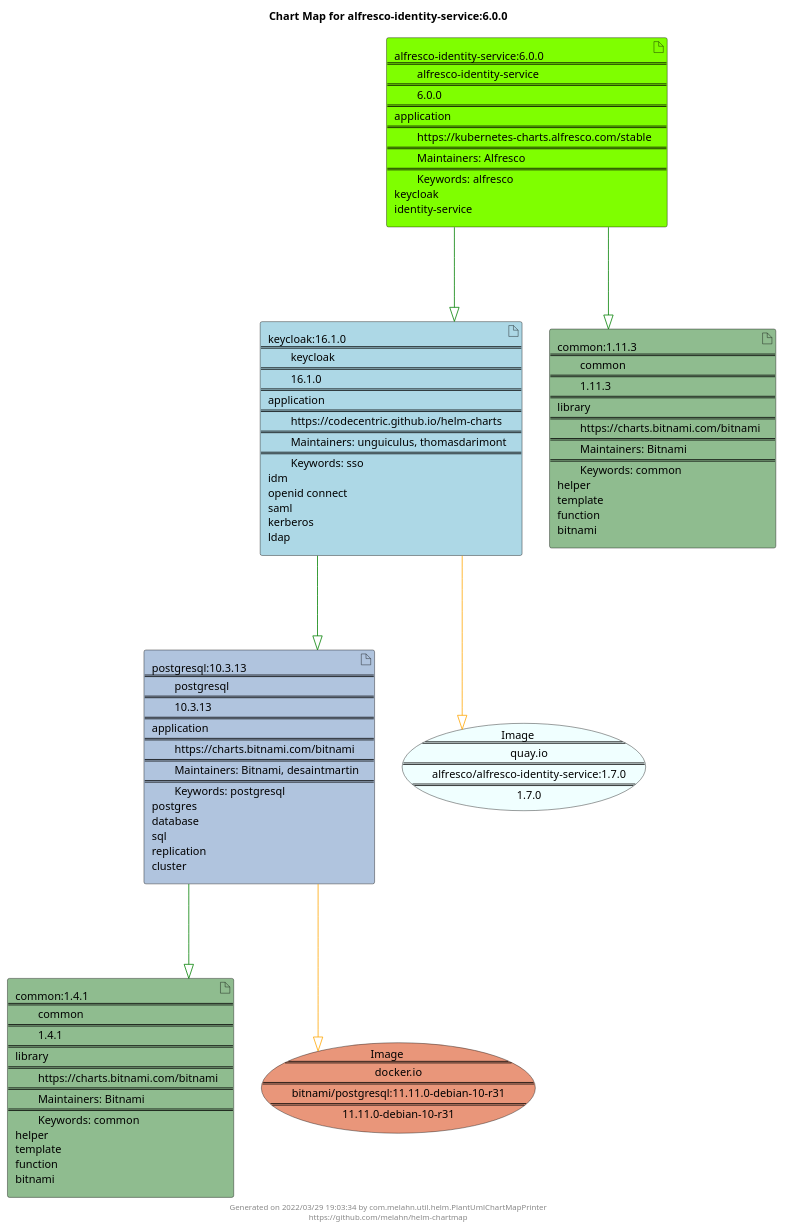
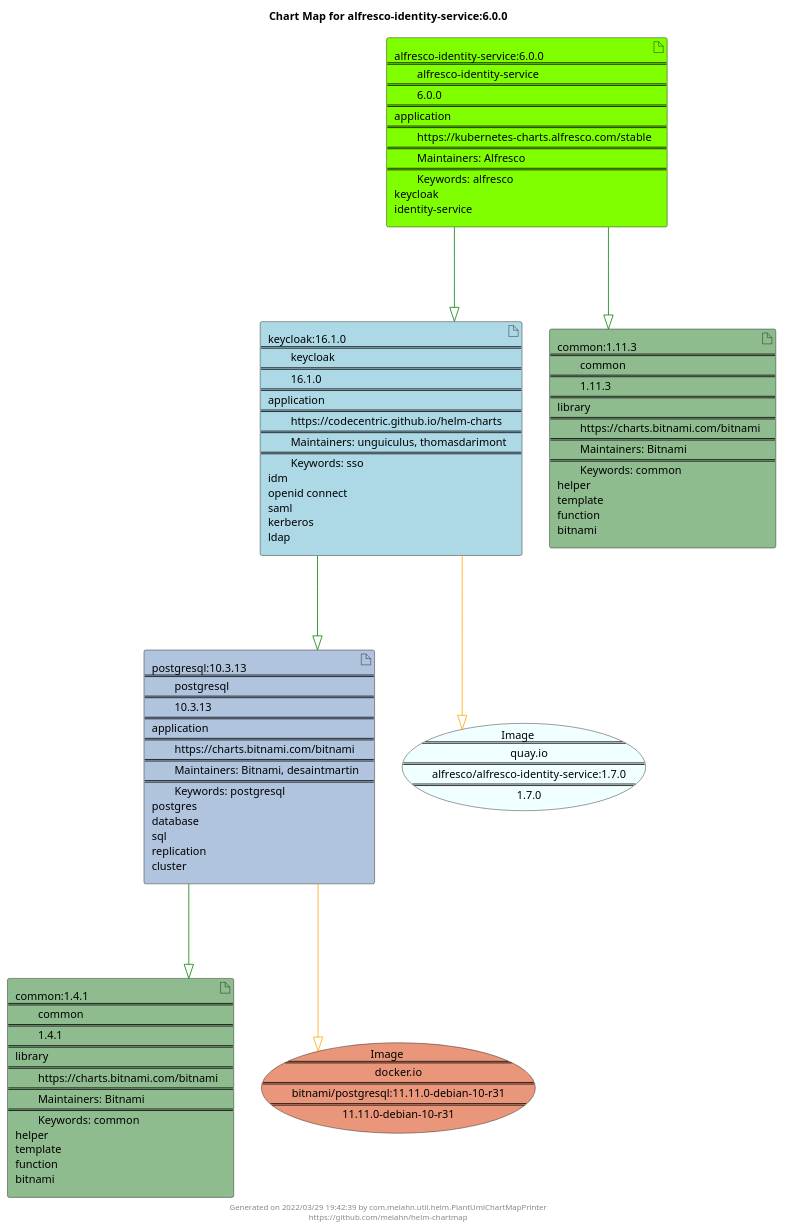
Before and after one commit to melahn/helm-chartmap: the diagram in docs/alfresco-identity-service/alfresco-identity-service-6.0.0.puml, drawn with PlantUML. The commit also changed 51 other files, not shown here.

Commit message:
Update Example Chart Maps as part of GitHub build

```diff
--- a/docs/alfresco-identity-service/alfresco-identity-service-6.0.0.puml
+++ b/docs/alfresco-identity-service/alfresco-identity-service-6.0.0.puml
@@ -1,31 +1,31 @@
 @startuml
 skinparam linetype ortho
 skinparam backgroundColor white
 skinparam usecaseBorderColor black
 skinparam usecaseArrowColor LightSlateGray
 skinparam artifactBorderColor black
 skinparam artifactArrowColor LightSlateGray
 
 title Chart Map for alfresco-identity-service:6.0.0
 
 'There are 5 referenced Helm Charts
 artifact "common:1.4.1\n====\n\tcommon\n====\n\t1.4.1\n====\nlibrary\n====\n\thttps://charts.bitnami.com/bitnami\n====\n\tMaintainers: Bitnami\n====\n\tKeywords: common\nhelper\ntemplate\nfunction\nbitnami" as common_1_4_1 #DarkSeaGreen
 artifact "keycloak:16.1.0\n====\n\tkeycloak\n====\n\t16.1.0\n====\napplication\n====\n\thttps://codecentric.github.io/helm-charts\n====\n\tMaintainers: unguiculus, thomasdarimont\n====\n\tKeywords: sso\nidm\nopenid connect\nsaml\nkerberos\nldap" as keycloak_16_1_0 #LightBlue
 artifact "postgresql:10.3.13\n====\n\tpostgresql\n====\n\t10.3.13\n====\napplication\n====\n\thttps://charts.bitnami.com/bitnami\n====\n\tMaintainers: Bitnami, desaintmartin\n====\n\tKeywords: postgresql\npostgres\ndatabase\nsql\nreplication\ncluster" as postgresql_10_3_13 #LightSteelBlue
 artifact "alfresco-identity-service:6.0.0\n====\n\talfresco-identity-service\n====\n\t6.0.0\n====\napplication\n====\n\thttps://kubernetes-charts.alfresco.com/stable\n====\n\tMaintainers: Alfresco\n====\n\tKeywords: alfresco\nkeycloak\nidentity-service" as alfresco_identity_service_6_0_0 #Chartreuse
 artifact "common:1.11.3\n====\n\tcommon\n====\n\t1.11.3\n====\nlibrary\n====\n\thttps://charts.bitnami.com/bitnami\n====\n\tMaintainers: Bitnami\n====\n\tKeywords: common\nhelper\ntemplate\nfunction\nbitnami" as common_1_11_3 #DarkSeaGreen
 
 'There are 2 referenced Docker Images
 usecase "Image\n====\n\tquay.io\n====\n\talfresco/alfresco-identity-service:1.7.0\n====\n\t1.7.0" as quay_io_alfresco_alfresco_identity_service_1_7_0 #Azure
 usecase "Image\n====\n\tdocker.io\n====\n\tbitnami/postgresql:11.11.0-debian-10-r31\n====\n\t11.11.0-debian-10-r31" as docker_io_bitnami_postgresql_11_11_0_debian_10_r31 #DarkSalmon
 
 'Chart Dependencies
 alfresco_identity_service_6_0_0--[#green]-|>keycloak_16_1_0
 keycloak_16_1_0--[#green]-|>postgresql_10_3_13
 postgresql_10_3_13--[#green]-|>common_1_4_1
 alfresco_identity_service_6_0_0--[#green]-|>common_1_11_3
 keycloak_16_1_0--[#orange]-|>quay_io_alfresco_alfresco_identity_service_1_7_0
 postgresql_10_3_13--[#orange]-|>docker_io_bitnami_postgresql_11_11_0_debian_10_r31
 
-center footer Generated on 2022/03/29 19:03:34 by com.melahn.util.helm.PlantUmlChartMapPrinter\nhttps://github.com/melahn/helm-chartmap
+center footer Generated on 2022/03/29 19:42:39 by com.melahn.util.helm.PlantUmlChartMapPrinter\nhttps://github.com/melahn/helm-chartmap
 @enduml
```
